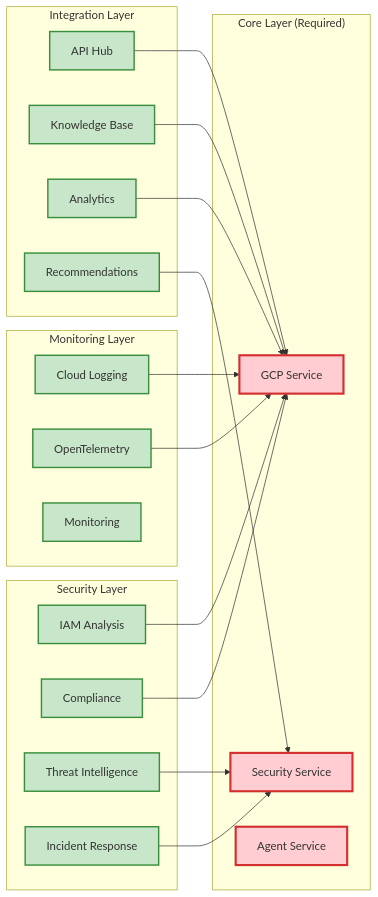
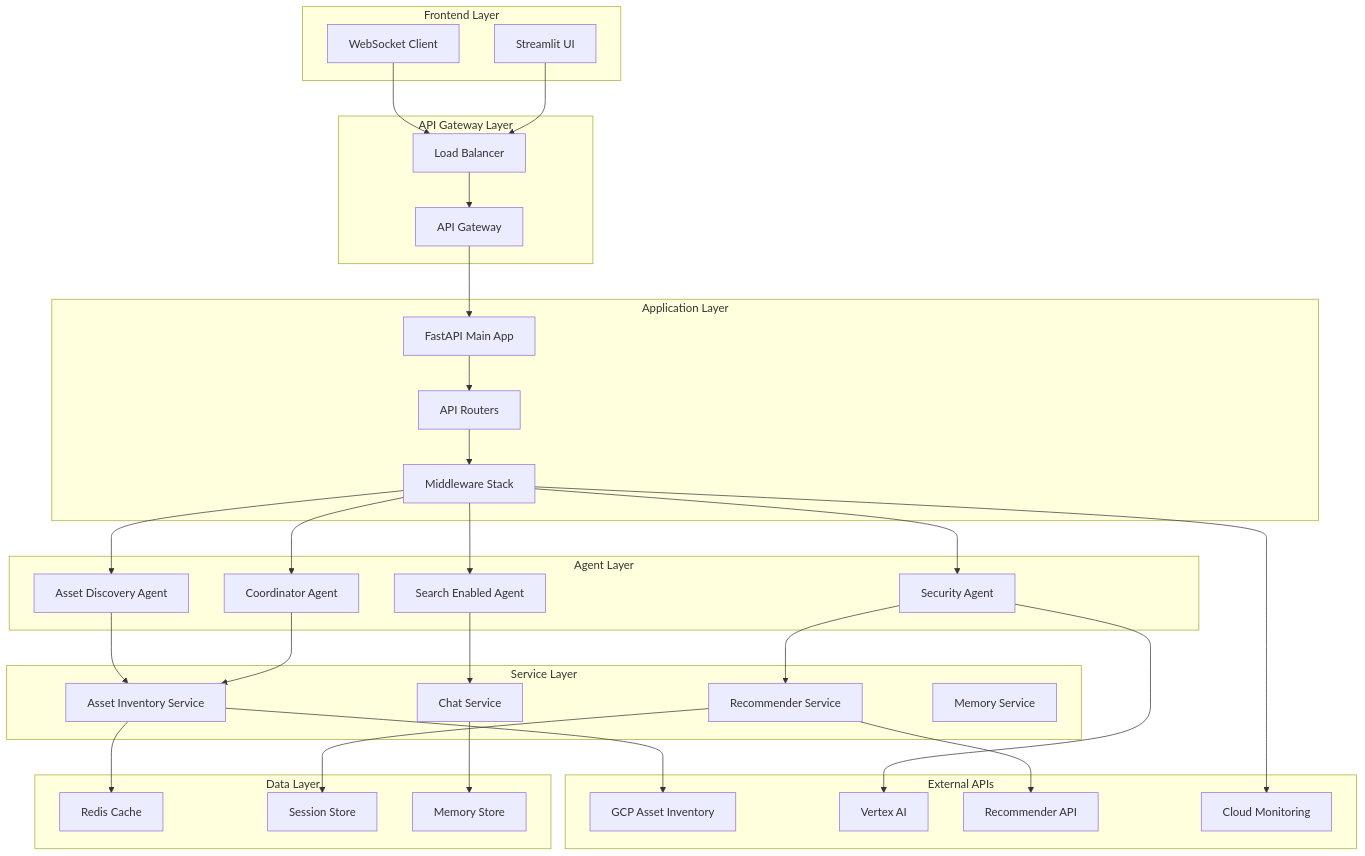
Before and after one commit to google/adk-python: the first of 6 diagrams in contributing/samples/security_agent/docs/architecture/ARCHITECTURE.md, drawn with Mermaid. The commit also changed other lines of this file and 287 other files, not shown here.

````diff
--- a/contributing/samples/security_agent/docs/architecture/ARCHITECTURE.md
+++ b/contributing/samples/security_agent/docs/architecture/ARCHITECTURE.md
@@ -121,45 +16,70 @@
 ```mermaid
-graph LR
-    subgraph "Core Layer (Required)"
-        GCP[GCP Service]
-        SEC[Security Service]
-        AGENT[Agent Service]
+graph TB
+    subgraph "Frontend Layer"
+        UI[Streamlit UI]
+        WS[WebSocket Client]
     end
-
-    subgraph "Security Layer"
-        IAM[IAM Analysis]
-        COMP[Compliance]
-        THREAT[Threat Intelligence]
-        INC[Incident Response]
+    
+    subgraph "API Gateway Layer"
+        LB[Load Balancer]
+        GW[API Gateway]
     end
-
-    subgraph "Monitoring Layer"
-        LOG[Cloud Logging]
-        TRACE[OpenTelemetry]
-        MON[Monitoring]
+    
+    subgraph "Application Layer"
+        MAIN[FastAPI Main App]
+        ROUTER[API Routers]
+        MW[Middleware Stack]
     end
-
-    subgraph "Integration Layer"
-        APIH[API Hub]
-        KNOW[Knowledge Base]
-        ANAL[Analytics]
-        REC[Recommendations]
+    
+    subgraph "Agent Layer"
+        COORD[Coordinator Agent]
+        SEC[Security Agent]
+        ASSET[Asset Discovery Agent]
+        SEARCH[Search Enabled Agent]
     end
-
-    IAM --> GCP
-    COMP --> GCP
-    LOG --> GCP
-    TRACE --> GCP
-    APIH --> GCP
-    KNOW --> GCP
-    ANAL --> GCP
-    REC --> SEC
-    INC --> SEC
-    THREAT --> SEC
-
-    classDef required fill:#ffcdd2,stroke:#d32f2f,stroke-width:3px
-    classDef optional fill:#c8e6c9,stroke:#388e3c,stroke-width:2px
-
-    class GCP,SEC,AGENT required
-    class IAM,COMP,THREAT,INC,LOG,TRACE,MON,APIH,KNOW,ANAL,REC optional
+    
+    subgraph "Service Layer"
+        ASVC[Asset Inventory Service]
+        RSVC[Recommender Service]
+        CSVC[Chat Service]
+        MSVC[Memory Service]
+    end
+    
+    subgraph "Data Layer"
+        CACHE[Redis Cache]
+        SESS[Session Store]
+        MEM[Memory Store]
+    end
+    
+    subgraph "External APIs"
+        GAPI[GCP Asset Inventory]
+        VAI[Vertex AI]
+        REC[Recommender API]
+        MON[Cloud Monitoring]
+    end
+    
+    UI --> LB
+    WS --> LB
+    LB --> GW
+    GW --> MAIN
+    MAIN --> ROUTER
+    ROUTER --> MW
+    MW --> COORD
+    MW --> SEC
+    MW --> ASSET
+    MW --> SEARCH
+    
+    COORD --> ASVC
+    SEC --> RSVC
+    ASSET --> ASVC
+    SEARCH --> CSVC
+    
+    ASVC --> CACHE
+    RSVC --> SESS
+    CSVC --> MEM
+    
+    ASVC --> GAPI
+    SEC --> VAI
+    RSVC --> REC
+    MW --> MON
 ```
````
